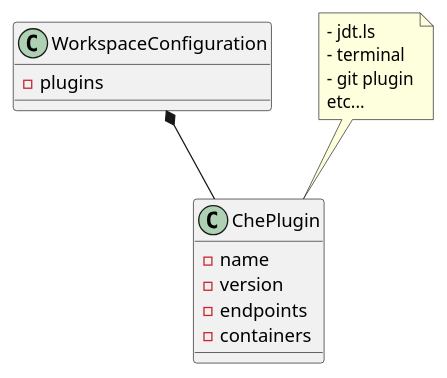
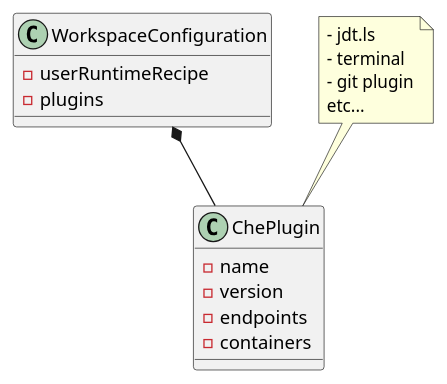
One commit to l0rd/blog-files changed the diagram in wsnext/simplermodel.plantuml. Above: the diagram before and after it, drawn with PlantUML. The commit also changed 3 other files, not shown here.

Commit message:
ws.next - added runtimeRecipe attribute to workspace configuration model

```diff
--- a/wsnext/simplermodel.plantuml
+++ b/wsnext/simplermodel.plantuml
@@ -1,25 +1,26 @@
 @startuml
 
 class WorkspaceConfiguration {
+  - userRuntimeRecipe
   - plugins
 }
 
 class ChePlugin {
   - name
   - version
   - endpoints
   - containers
 }
 
 WorkspaceConfiguration *-- ChePlugin
 
 note as pluginnote
  - jdt.ls
  - terminal
  - git plugin
  etc...
 end note
 
 pluginnote .. ChePlugin
 
 @enduml
```
